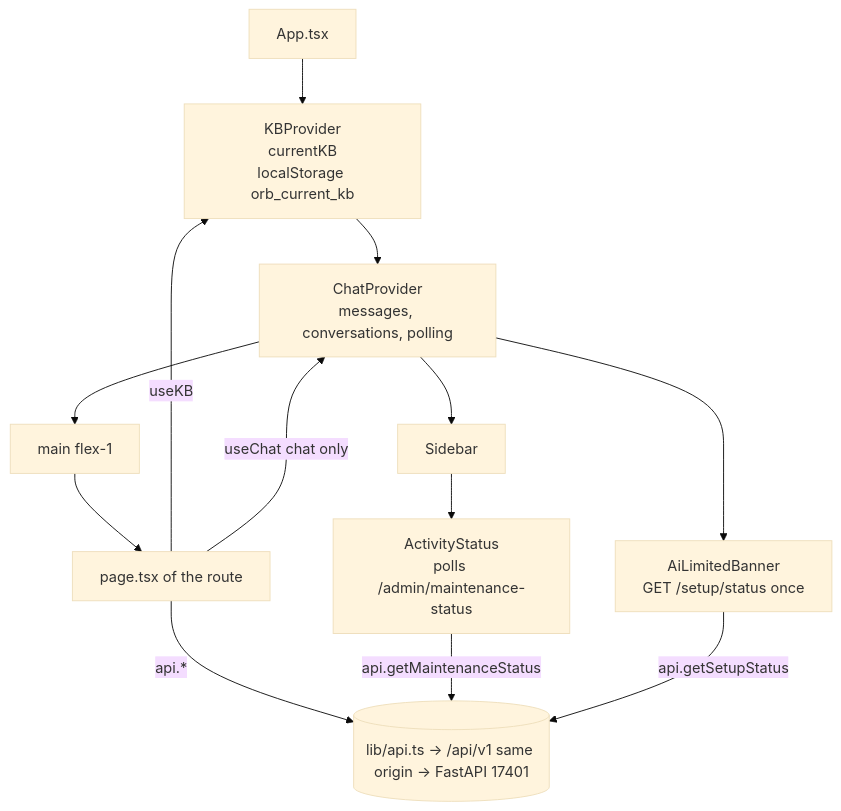
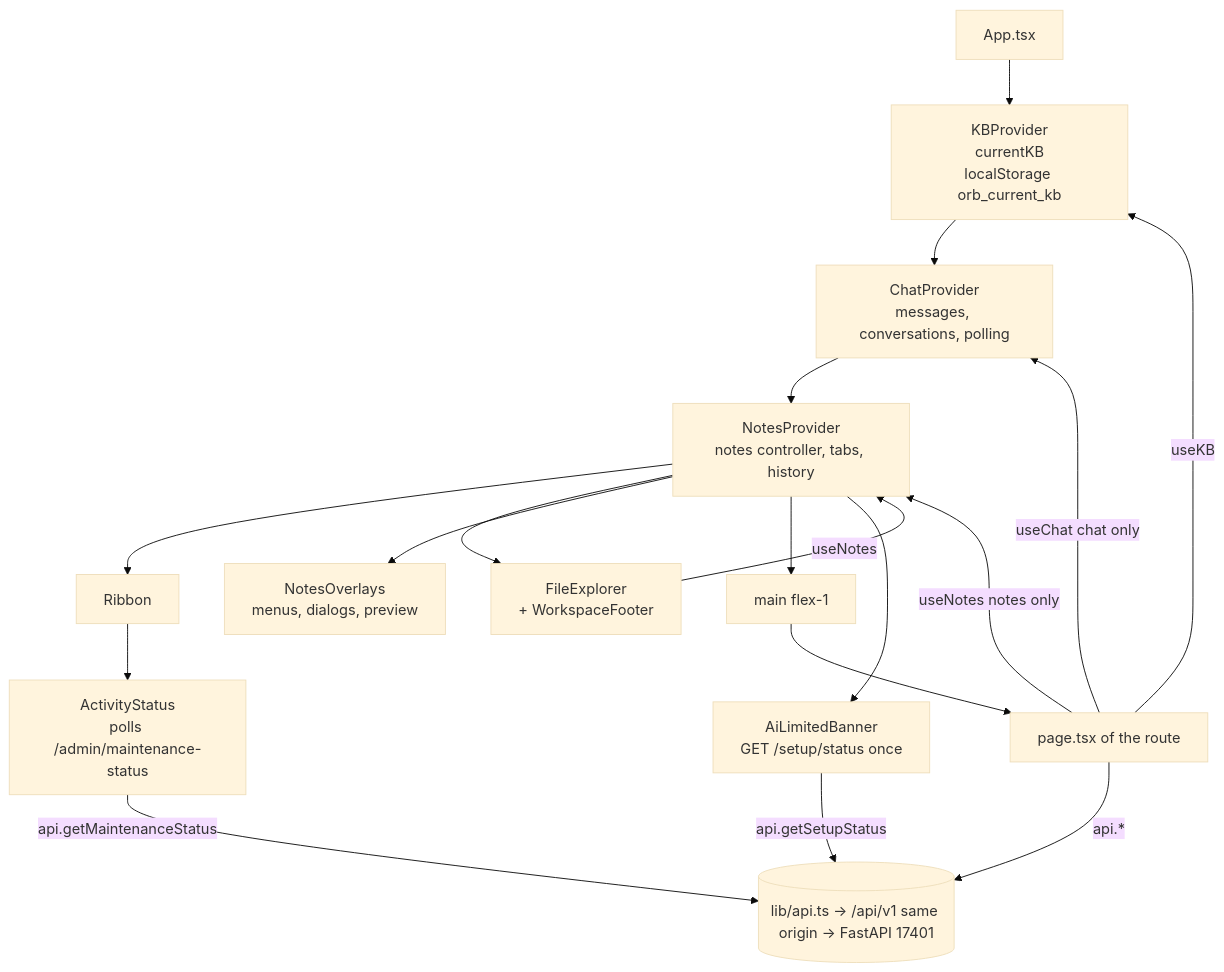
The first of 2 diagrams in Docs/18-frontend-architecture.md (josetseph/Orb), drawn with Mermaid (base theme) before and after one commit. The commit also changed other lines of this file and 105 other files, not shown here.

````diff
--- a/Docs/18-frontend-architecture.md
+++ b/Docs/18-frontend-architecture.md
@@ -340,15 +349,20 @@
 ```mermaid
 flowchart TD
   L[App.tsx] --> KB[KBProvider<br/>currentKB<br/>localStorage orb_current_kb]
   KB --> CH[ChatProvider<br/>messages, conversations, polling]
-  CH --> S[Sidebar]
-  S --> SSI[ActivityStatus<br/>polls /admin/maintenance-status]
-  CH --> M[main flex-1]
+  CH --> NP[NotesProvider<br/>notes controller, tabs, history]
+  NP --> R[Ribbon]
+  R --> SSI[ActivityStatus<br/>polls /admin/maintenance-status]
+  NP --> FE[FileExplorer<br/>+ WorkspaceFooter]
+  NP --> NO[NotesOverlays<br/>menus, dialogs, preview]
+  NP --> M[main flex-1]
   M --> P[page.tsx of the route]
-  CH --> B[AiLimitedBanner<br/>GET /setup/status once]
+  NP --> B[AiLimitedBanner<br/>GET /setup/status once]
+  FE -->|useNotes| NP
+  P -->|useNotes notes only| NP
   P -->|useKB| KB
   P -->|useChat chat only| CH
   P -->|api.*| API[(lib/api.ts → /api/v1 same origin → FastAPI 17401)]
   SSI -->|api.getMaintenanceStatus| API
   B -->|api.getSetupStatus| API
 ```
````
